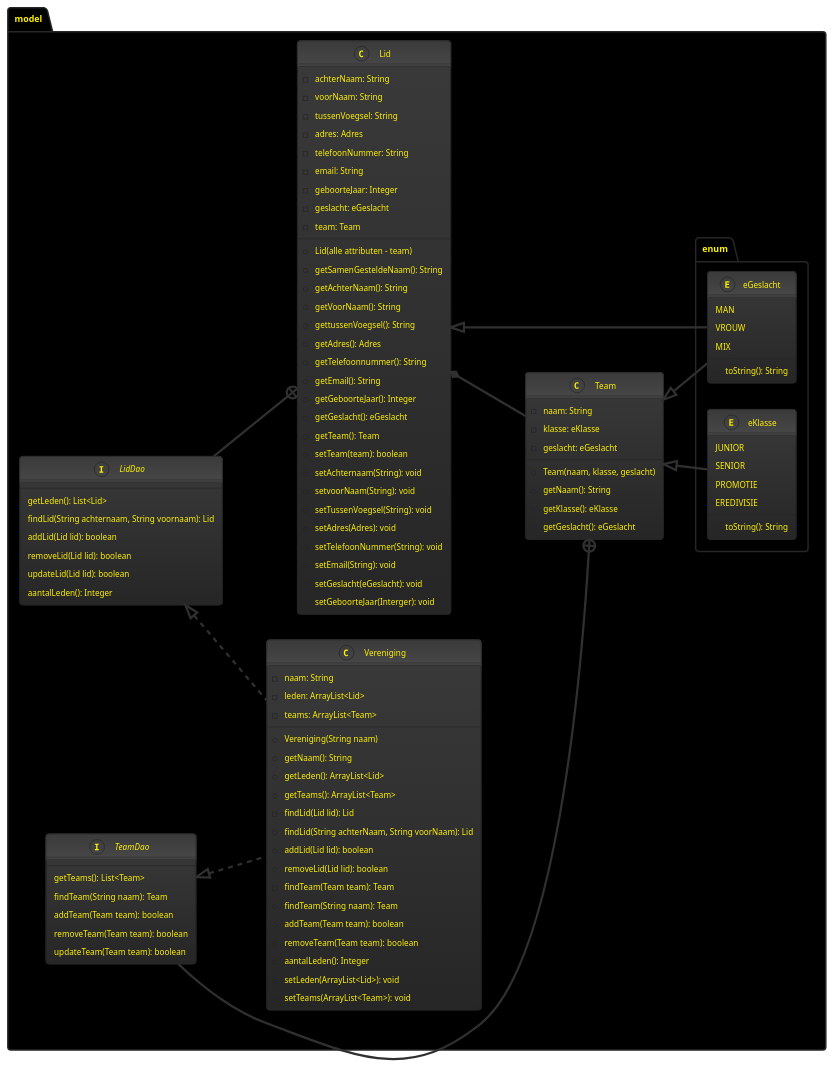
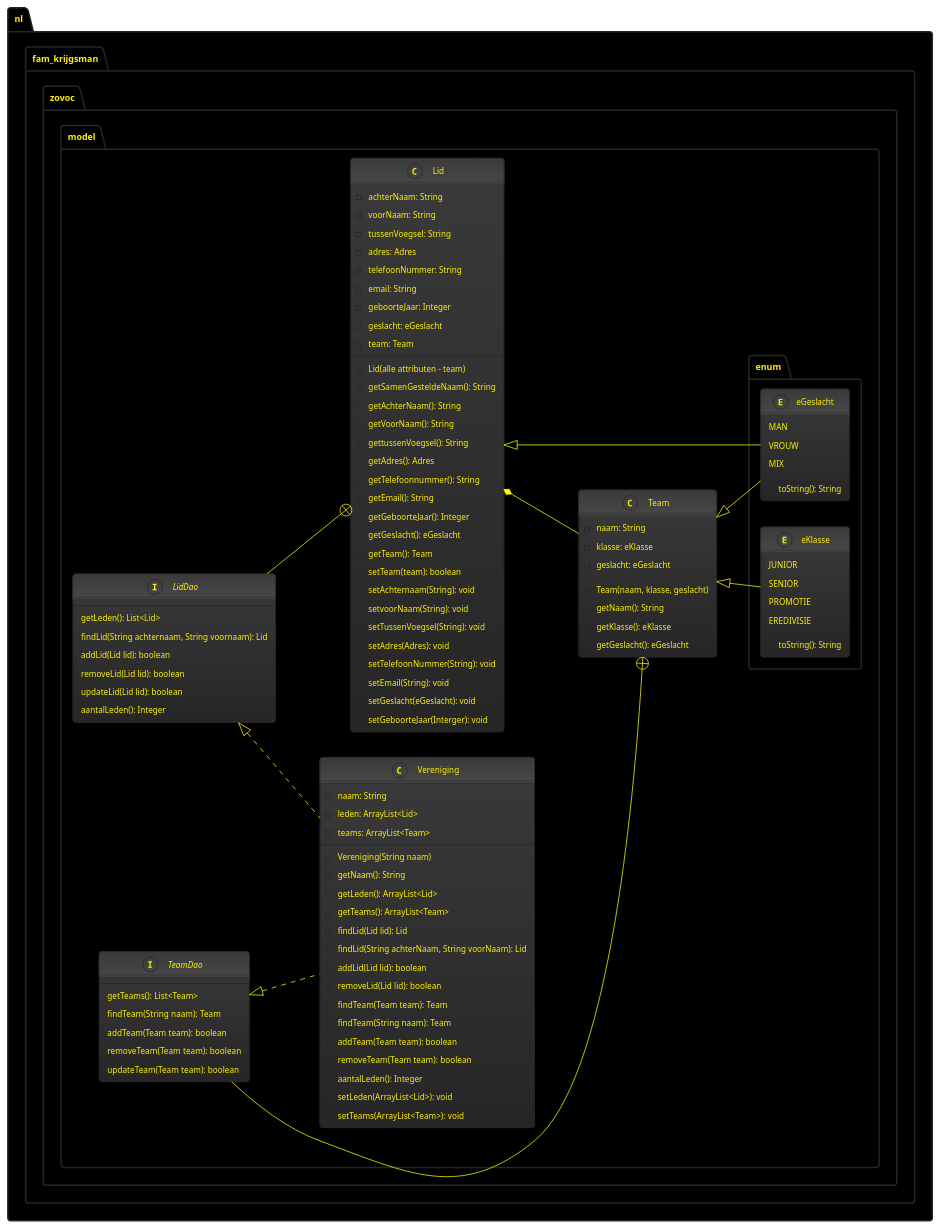
One commit to kaasszje/Zovoc-Leden-Beheer changed the diagram in Docs/Zovoc-Leden-Beheer-KlasseDiagram.puml. Above: the diagram before and after it, drawn with PlantUML. The commit also changed 4 other files, not shown here.

```diff
--- a/Docs/Zovoc-Leden-Beheer-KlasseDiagram.puml
+++ b/Docs/Zovoc-Leden-Beheer-KlasseDiagram.puml
@@ -1,113 +1,122 @@
 @startuml
 'https://plantuml.com/class-diagram
 !theme black-knight
 left to right direction
-package model #000000{
+skinparam class {
+    ArrowColor Yellow
+    ArrowThickness 1
+}
+
+skinparam package {
+    BackgroundColor #000000
+}
+
+package nl.fam_krijgsman.zovoc.model {
 class Vereniging implements LidDao, TeamDao{
     -naam: String
     -leden: ArrayList<Lid>
     -teams: ArrayList<Team>
     +Vereniging(String naam)
     +getNaam(): String
     +getLeden(): ArrayList<Lid>
     +getTeams(): ArrayList<Team>
     -findLid(Lid lid): Lid
     +findLid(String achterNaam, String voorNaam): Lid
     +addLid(Lid lid): boolean
     +removeLid(Lid lid): boolean
     -findTeam(Team team): Team
     +findTeam(String naam): Team
     +addTeam(Team team): boolean
     +removeTeam(Team team): boolean
     +aantalLeden(): Integer
     +setLeden(ArrayList<Lid>): void
     +setTeams(ArrayList<Team>): void
 }
 
 class Lid {
     -achterNaam: String
     -voorNaam: String
     -tussenVoegsel: String
     -adres: Adres
     -telefoonNummer: String
     -email: String
     -geboorteJaar: Integer
     -geslacht: eGeslacht
     -team: Team
     +Lid(alle attributen - team)
     +getSamenGesteldeNaam(): String
     +getAchterNaam(): String
     +getVoorNaam(): String
     +gettussenVoegsel(): String
     +getAdres(): Adres
     +getTelefoonnummer(): String
     +getEmail(): String
     +getGeboorteJaar(): Integer
     +getGeslacht(): eGeslacht
     +getTeam(): Team
     +setTeam(team): boolean
     +setAchternaam(String): void
     +setvoorNaam(String): void
     +setTussenVoegsel(String): void
     +setAdres(Adres): void
     +setTelefoonNummer(String): void
     +setEmail(String): void
     +setGeslacht(eGeslacht): void
     +setGeboorteJaar(Interger): void
 }
 
 interface LidDao {
         getLeden(): List<Lid>
         findLid(String achternaam, String voornaam): Lid
         addLid(Lid lid): boolean
         removeLid(Lid lid): boolean
         updateLid(Lid lid): boolean
         aantalLeden(): Integer
 }
 
 class Team {
     -naam: String
     -klasse: eKlasse
     -geslacht: eGeslacht
     +Team(naam, klasse, geslacht)
     +getNaam(): String
     +getKlasse(): eKlasse
     +getGeslacht(): eGeslacht
 }
 
 interface TeamDao {
     getTeams(): List<Team>
     findTeam(String naam): Team
     addTeam(Team team): boolean
     removeTeam(Team team): boolean
     updateTeam(Team team): boolean
 }
 
 package enum {
     enum eGeslacht {
         MAN
         VROUW
         MIX
         +toString(): String
     }
 
 
     enum eKlasse {
           JUNIOR
         SENIOR
         PROMOTIE
         EREDIVISIE
         +toString(): String
     }
 
 }
 }
 
 Team <|- eKlasse
 Team <|-- eGeslacht
 Lid <|- eGeslacht
 Lid  *-- Team
 LidDao --+ Lid
 TeamDao --+ Team
 
 @enduml
```
